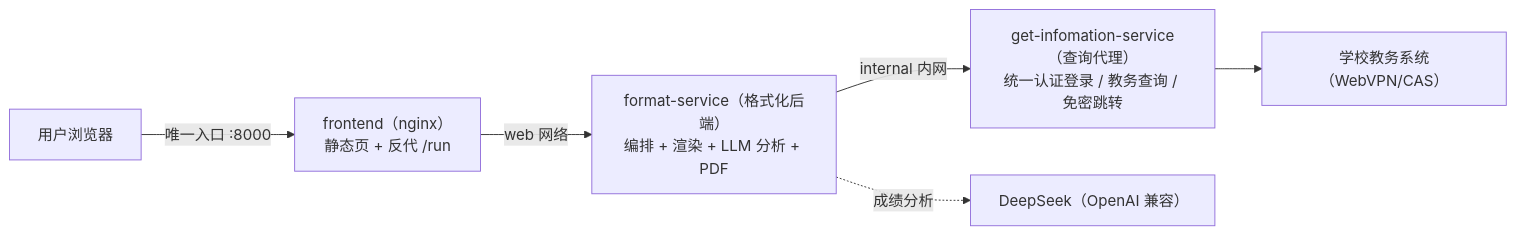
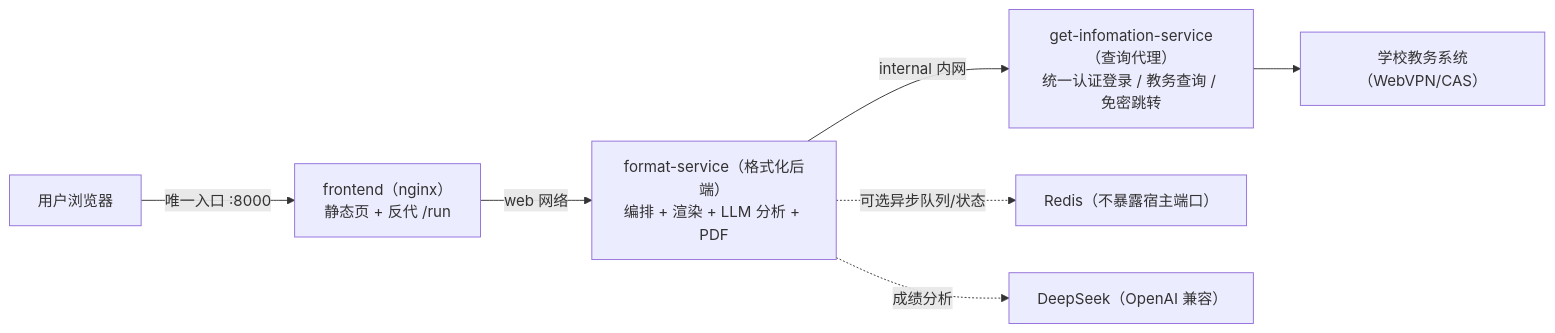
Before and after one commit to Lzf07123/Stpt-Query: the diagram in README.md, drawn with Mermaid. The commit also changed other lines of this file and 16 other files, not shown here.

````diff
--- a/README.md
+++ b/README.md
@@ -63,8 +63,9 @@
 ```mermaid
 flowchart LR
     U[用户浏览器] -->|唯一入口 :8000| F["frontend（nginx）<br/>静态页 + 反代 /run"]
     F -->|web 网络| S["format-service（格式化后端）<br/>编排 + 渲染 + LLM 分析 + PDF"]
     S -->|internal 内网| G["get-infomation-service（查询代理）<br/>统一认证登录 / 教务查询 / 免密跳转"]
+    S -.可选异步队列/状态.-> R["Redis（不暴露宿主端口）"]
     S -.成绩分析.-> L["DeepSeek（OpenAI 兼容）"]
     G --> U2["学校教务系统（WebVPN/CAS）"]
 ```
````
